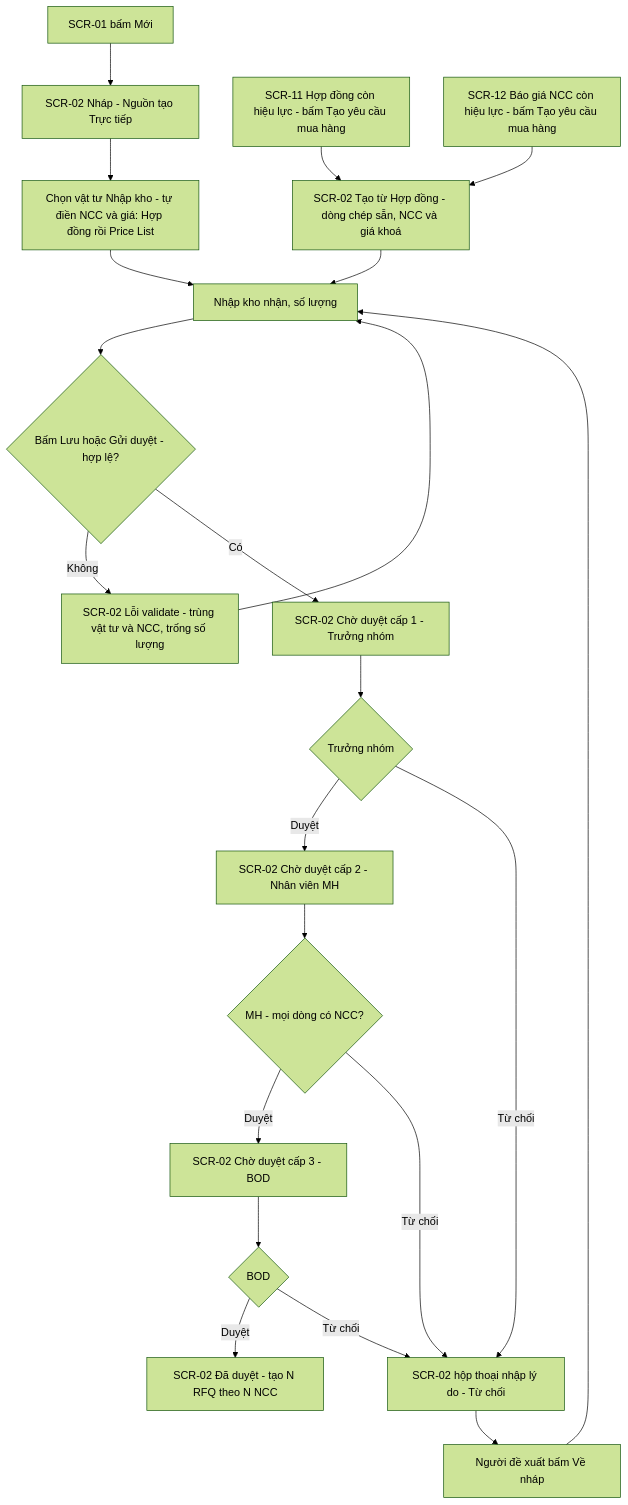
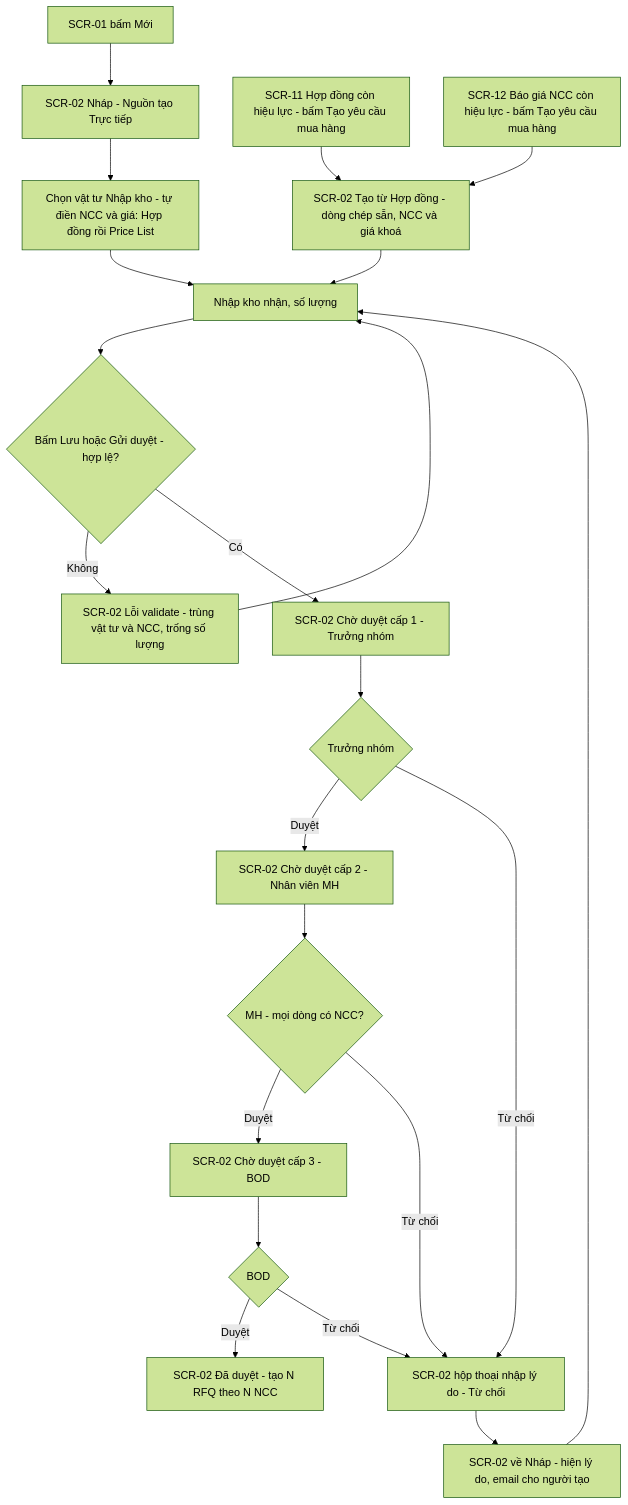
The second of 5 diagrams in outputs/odoo-mua-hang/ui/flows.md (lethanhdat2002296-cpu/Skill_BA_Cloud_Automation), drawn with Mermaid (forest theme) before and after one commit. The commit also changed other lines of this file and 58 other files, not shown here.

````diff
--- a/outputs/odoo-mua-hang/ui/flows.md
+++ b/outputs/odoo-mua-hang/ui/flows.md
@@ -32,23 +34,23 @@
 ```mermaid
 flowchart TD
   A0[SCR-01 bấm Mới] --> B[SCR-02 Nháp - Nguồn tạo Trực tiếp]
   A1[SCR-11 Hợp đồng còn hiệu lực - bấm Tạo yêu cầu mua hàng] --> B1[SCR-02 Tạo từ Hợp đồng - dòng chép sẵn, NCC và giá khoá]
   A2[SCR-12 Báo giá NCC còn hiệu lực - bấm Tạo yêu cầu mua hàng] --> B1
   B --> T[Chọn vật tư Nhập kho - tự điền NCC và giá: Hợp đồng rồi Price List]
   T --> Q[Nhập kho nhận, số lượng]
   B1 --> Q
   Q --> C{Bấm Lưu hoặc Gửi duyệt - hợp lệ?}
   C -- Không --> C1[SCR-02 Lỗi validate - trùng vật tư và NCC, trống số lượng]
   C1 --> Q
   C -- Có --> D[SCR-02 Chờ duyệt cấp 1 - Trưởng nhóm]
   D --> E{Trưởng nhóm}
   E -- Duyệt --> F[SCR-02 Chờ duyệt cấp 2 - Nhân viên MH]
   F --> G{MH - mọi dòng có NCC?}
   G -- Duyệt --> H0[SCR-02 Chờ duyệt cấp 3 - BOD]
   H0 --> K{BOD}
   K -- Duyệt --> H[SCR-02 Đã duyệt - tạo N RFQ theo N NCC]
   E -- Từ chối --> R[SCR-02 hộp thoại nhập lý do - Từ chối]
   G -- Từ chối --> R
   K -- Từ chối --> R
-  R --> I[Người đề xuất bấm Về nháp] --> Q
+  R --> I[SCR-02 về Nháp - hiện lý do, email cho người tạo] --> Q
 ```
````
